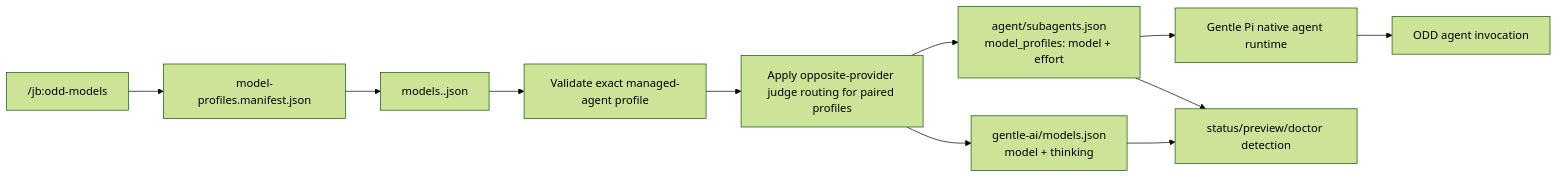
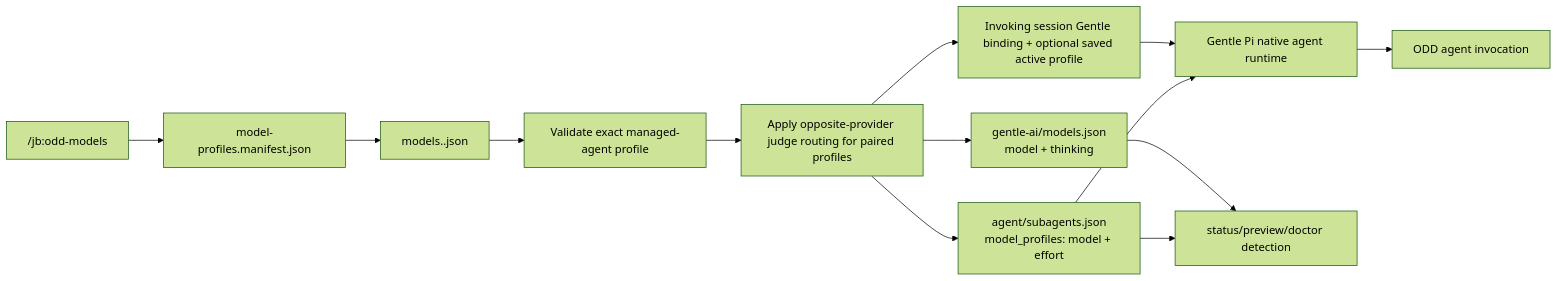
One commit to julianbruno/pioddmodelswitch changed the diagram in MODEL_SWITCHING.md. Above: the diagram before and after it, drawn with Mermaid (forest theme). The commit also changed other lines of this file and 7 other files, not shown here.

````diff
--- a/MODEL_SWITCHING.md
+++ b/MODEL_SWITCHING.md
@@ -26,13 +26,15 @@
 ```mermaid
 flowchart LR
   C["/jb:odd-models <profile>"] --> M["model-profiles.manifest.json"]
   M --> P["models.<profile>.json"]
   P --> V["Validate exact managed-agent profile"]
   V --> O["Apply opposite-provider judge routing for paired profiles"]
   O --> A["gentle-ai/models.json\nmodel + thinking"]
   O --> R["agent/subagents.json\nmodel_profiles: model + effort"]
-  R --> G["Gentle Pi native agent runtime"]
+  O --> B["Invoking session Gentle binding + optional saved active profile"]
+  B --> G["Gentle Pi native agent runtime"]
+  R --> G
   G --> S["ODD agent invocation"]
   A --> T["status/preview/doctor detection"]
   R --> T
 ```
````
